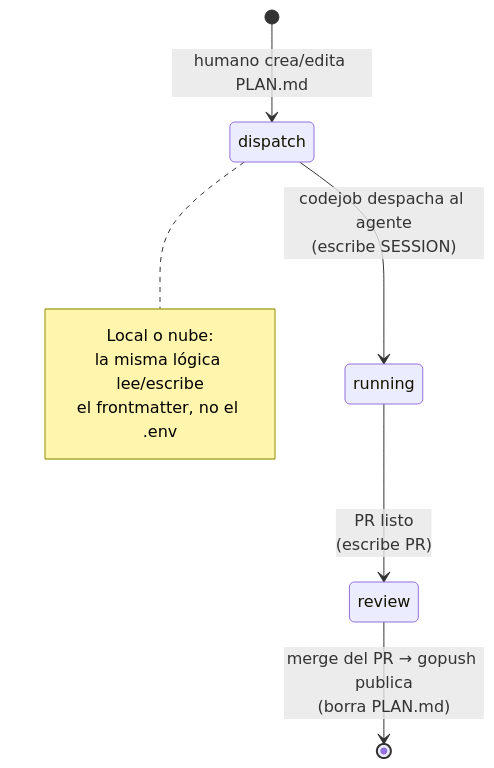
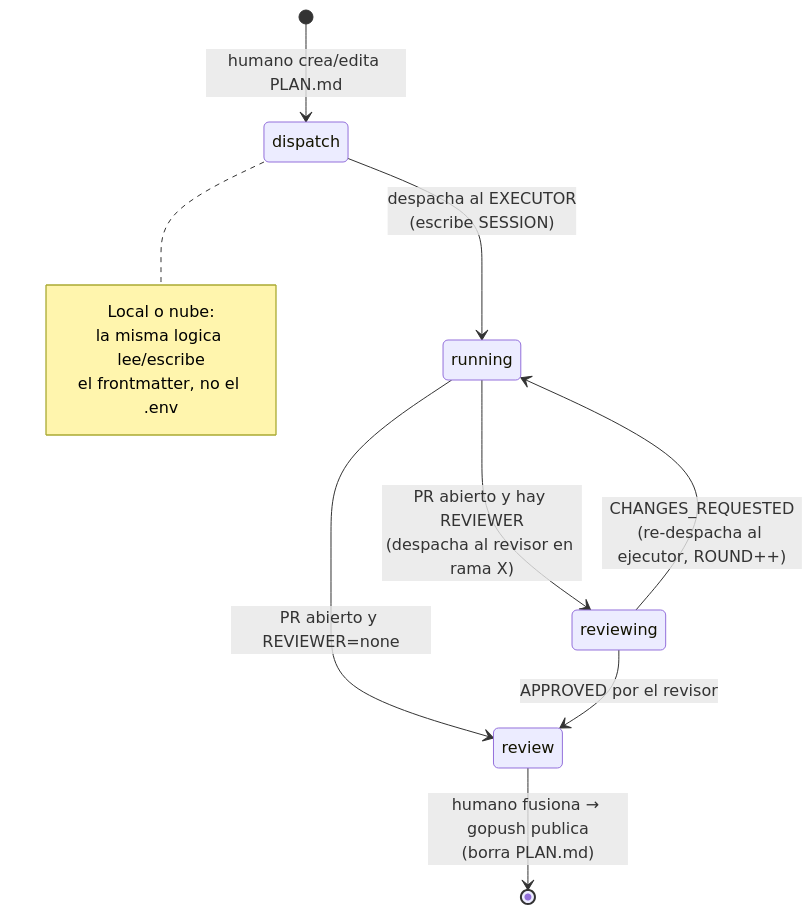
Before and after one commit to tinywasm/devflow: the first of 3 diagrams in docs/PLAN.md, drawn with Mermaid. The commit also changed other lines of this file, not shown here.

First line of the commit message:
docs: add agent role axis (executor + reviewer) to the codejob flow

````diff
--- a/docs/PLAN.md
+++ b/docs/PLAN.md
@@ -73,12 +83,15 @@
 ```mermaid
 stateDiagram-v2
     [*] --> dispatch: humano crea/edita PLAN.md
-    dispatch --> running: codejob despacha al agente<br/>(escribe SESSION)
-    running --> review: PR listo<br/>(escribe PR)
-    review --> [*]: merge del PR → gopush publica<br/>(borra PLAN.md)
+    dispatch --> running: despacha al EXECUTOR<br/>(escribe SESSION)
+    running --> reviewing: PR abierto y hay REVIEWER<br/>(despacha al revisor en rama X)
+    running --> review: PR abierto y REVIEWER=none
+    reviewing --> running: CHANGES_REQUESTED<br/>(re-despacha al ejecutor, ROUND++)
+    reviewing --> review: APPROVED por el revisor
+    review --> [*]: humano fusiona → gopush publica<br/>(borra PLAN.md)
     note right of dispatch
       Local o nube:
-      la misma lógica lee/escribe
+      la misma logica lee/escribe
       el frontmatter, no el .env
     end note
 ```
````
